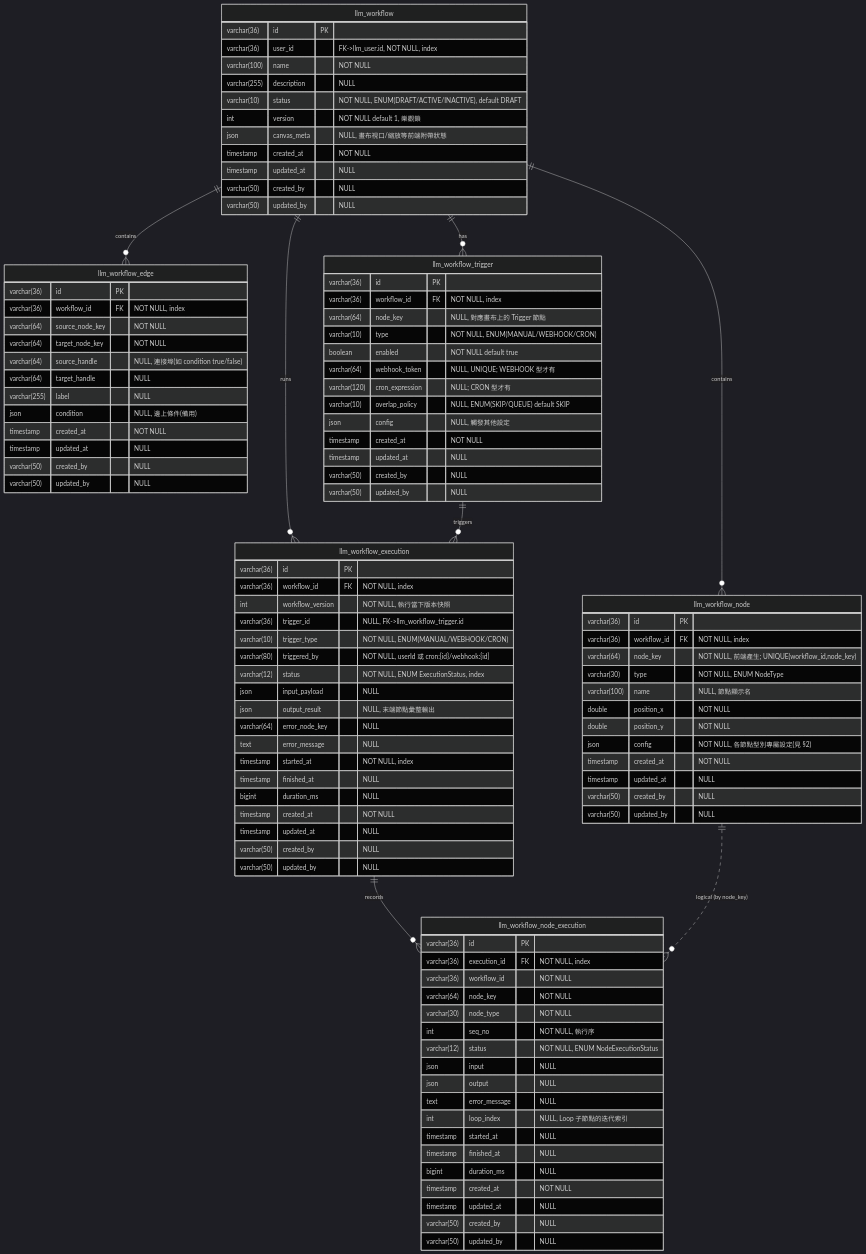
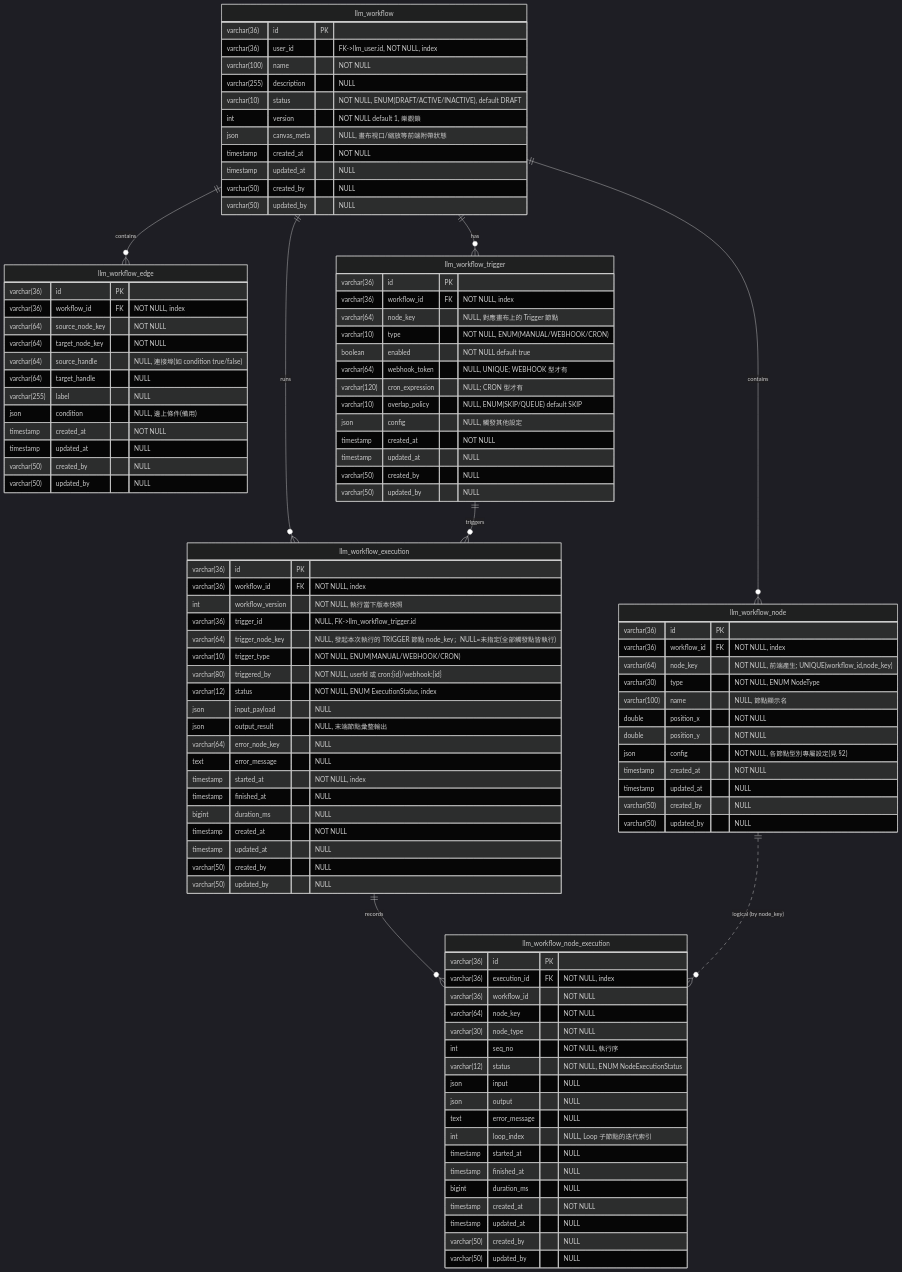
One commit to a09090443/bestpartner changed the first of 4 diagrams in docs/workflow-engine/system-design.md. Above: the diagram before and after it, drawn with Mermaid (dark theme). The commit also changed other lines of this file and 30 other files, not shown here.

```diff
--- a/docs/workflow-engine/system-design.md
+++ b/docs/workflow-engine/system-design.md
@@ -104,6 +105,7 @@
         varchar(36)  workflow_id FK "NOT NULL, index"
         int          workflow_version "NOT NULL, 執行當下版本快照"
         varchar(36)  trigger_id "NULL, FK->llm_workflow_trigger.id"
+        varchar(64)  trigger_node_key "NULL, 發起本次執行的 TRIGGER 節點 node_key；NULL=未指定(全部觸發點皆執行)"
         varchar(10)  trigger_type "NOT NULL, ENUM(MANUAL/WEBHOOK/CRON)"
         varchar(80)  triggered_by "NOT NULL, userId 或 cron:{id}/webhook:{id}"
         varchar(12)  status "NOT NULL, ENUM ExecutionStatus, index"
```
